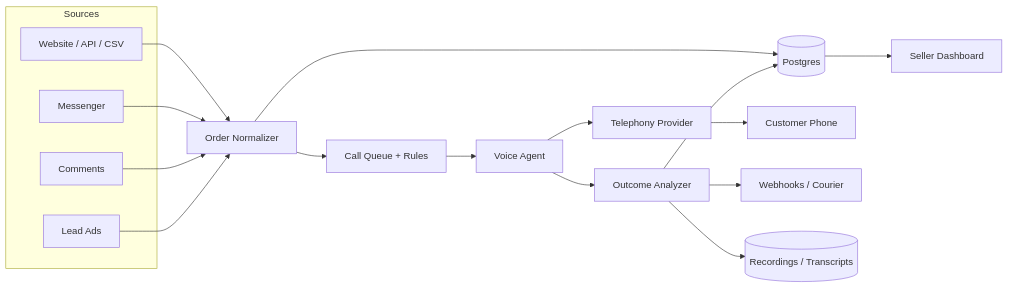
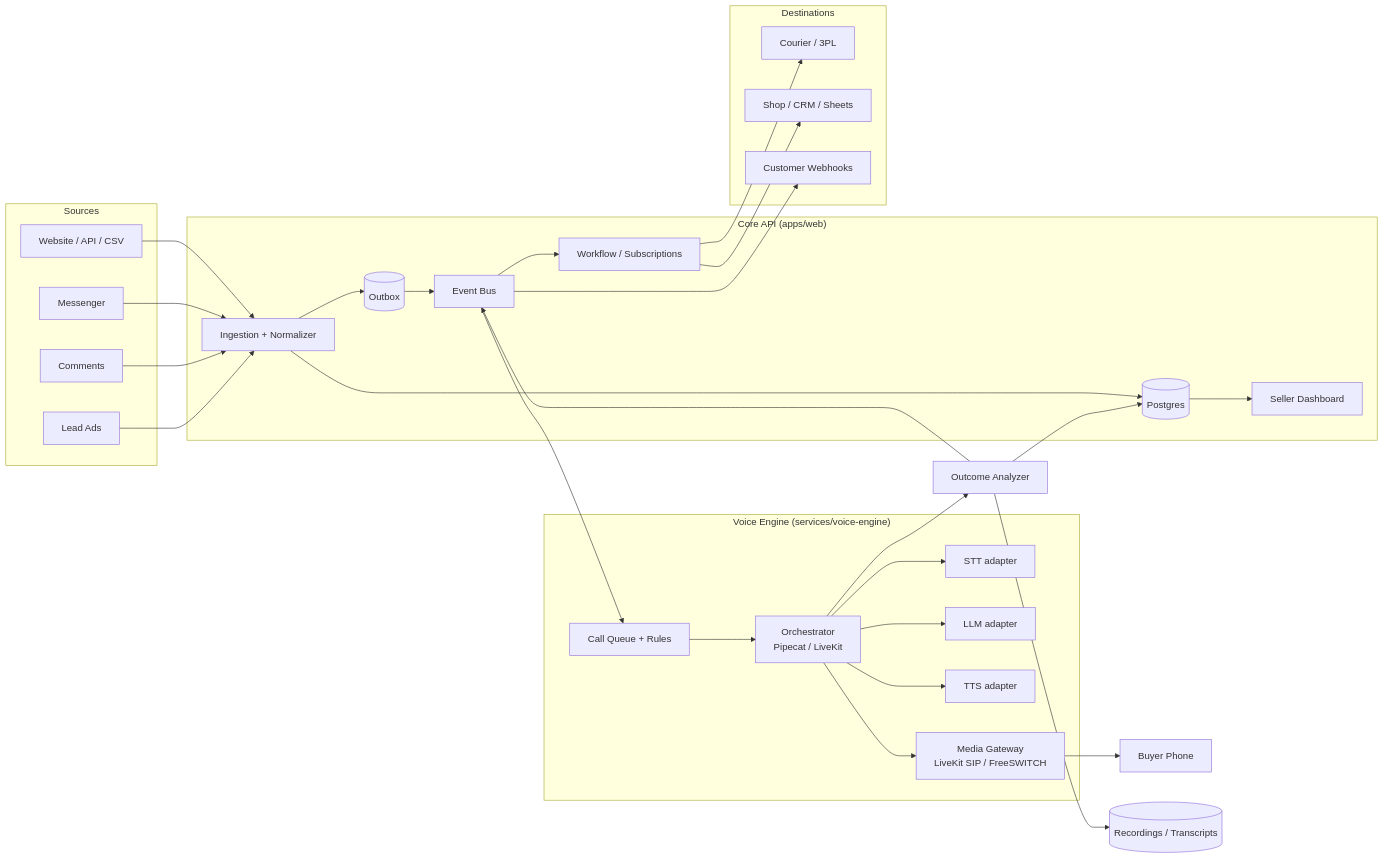
One commit to ahsanka667-ai/customercenterai changed the second of 3 diagrams in PLAN.md. Above: the diagram before and after it, drawn with Mermaid. The commit also changed other lines of this file and 1 other file, not shown here.

Commit message:
Rework plan: call every order, own voice engine, add integration hub

````diff
--- a/PLAN.md
+++ b/PLAN.md
@@ -832,27 +833,59 @@
 ```mermaid
 flowchart LR
   subgraph Sources
     W[Website / API / CSV]
     M[Messenger]
     C[Comments]
     L[Lead Ads]
   end
 
-  W --> N[Order Normalizer]
+  subgraph Core["Core API (apps/web)"]
+    N[Ingestion + Normalizer]
+    DB[(Postgres)]
+    OUTBOX[(Outbox)]
+    BUS[Event Bus]
+    WF[Workflow / Subscriptions]
+    UI[Seller Dashboard]
+  end
+
+  subgraph Voice["Voice Engine (services/voice-engine)"]
+    Q[Call Queue + Rules]
+    ORCH[Orchestrator<br/>Pipecat / LiveKit]
+    STT[STT adapter]
+    LLM[LLM adapter]
+    TTS[TTS adapter]
+    GW[Media Gateway<br/>LiveKit SIP / FreeSWITCH]
+  end
+
+  subgraph Destinations
+    COURIER[Courier / 3PL]
+    SHOP[Shop / CRM / Sheets]
+    HOOK[Customer Webhooks]
+  end
+
+  W --> N
   M --> N
   C --> N
   L --> N
+  N --> DB
+  N --> OUTBOX
+  OUTBOX --> BUS
+  BUS --> WF
+  BUS --> Q
+  BUS --> HOOK
+  WF --> COURIER
+  WF --> SHOP
 
-  N --> DB[(Postgres)]
-  N --> Q[Call Queue + Rules]
+  Q --> ORCH
+  ORCH --> STT
+  ORCH --> LLM
+  ORCH --> TTS
+  ORCH --> GW
+  GW --> P[Buyer Phone]
 
-  Q --> V[Voice Agent]
-  V --> T[Telephony Provider]
-  T --> P[Customer Phone]
-
-  V --> A[Outcome Analyzer]
+  ORCH --> A[Outcome Analyzer]
   A --> DB
-  A --> H[Webhooks / Courier]
-  DB --> UI[Seller Dashboard]
+  DB --> UI
+  A --> BUS
   A --> R[(Recordings / Transcripts)]
 ```
````
